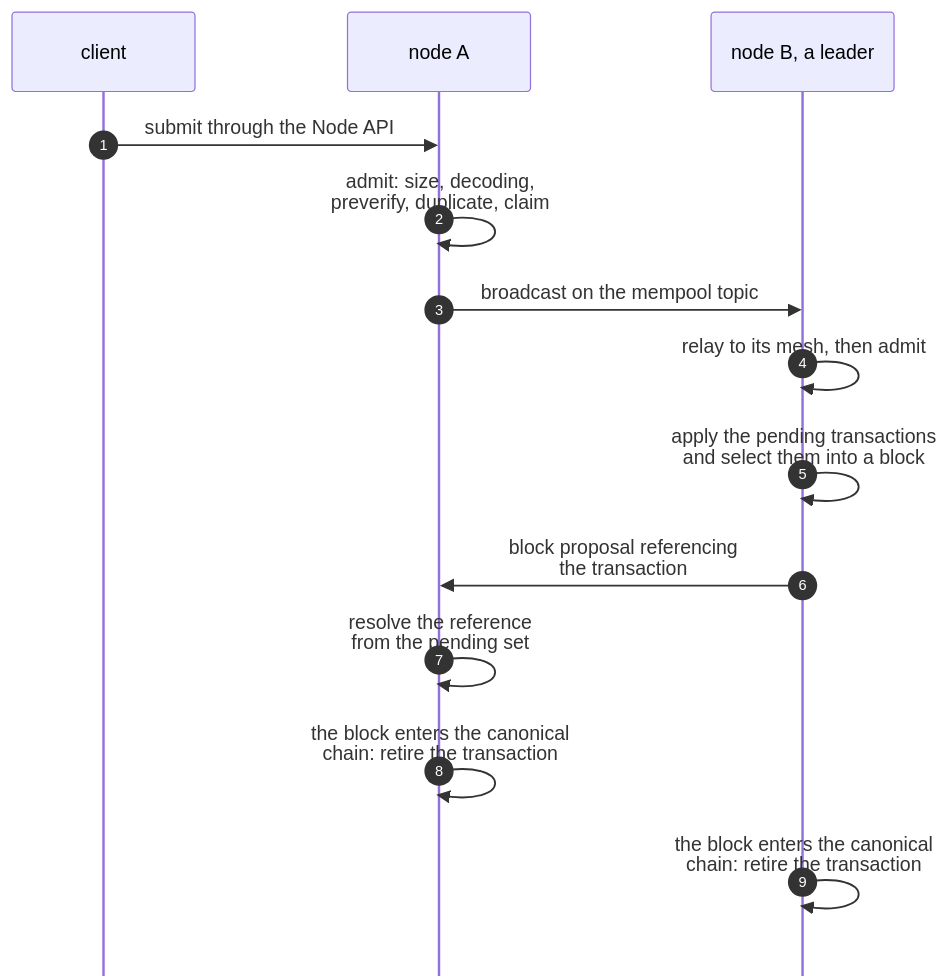
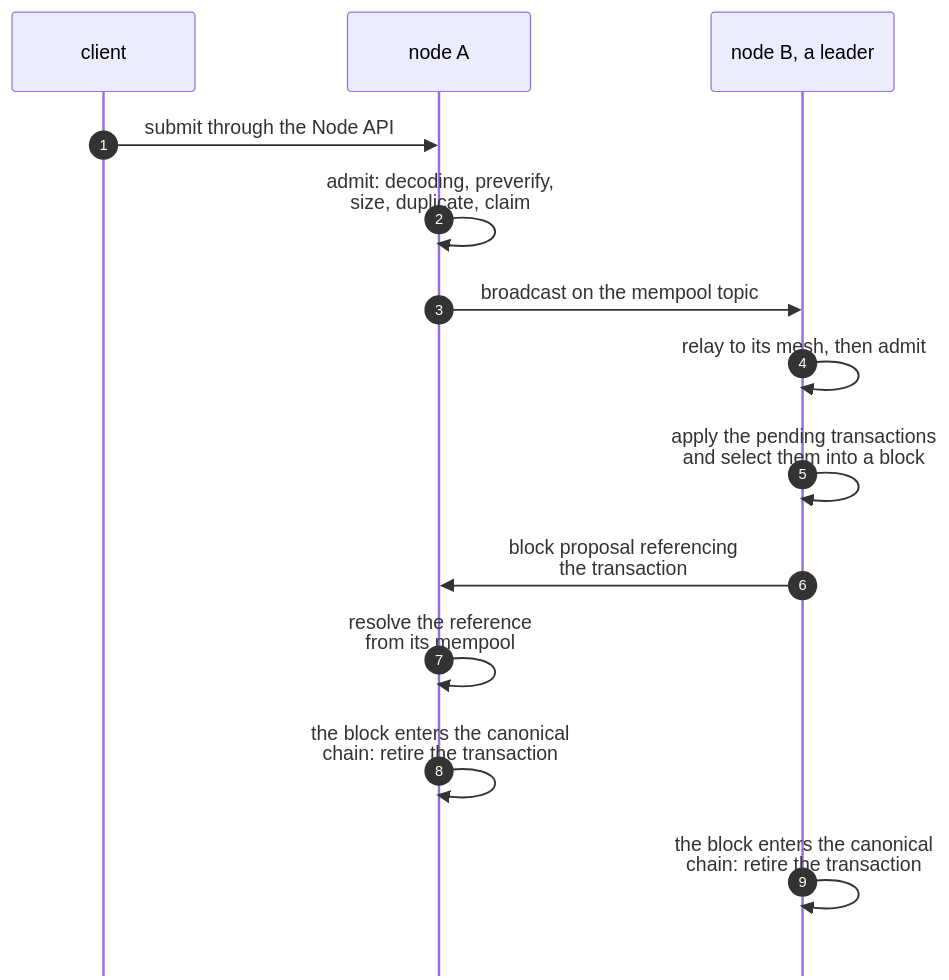
One commit to logos-co/logos-lips changed the third of 3 diagrams in docs/blockchain/raw/mempool.md. Above: the diagram before and after it, drawn with Mermaid. The commit also changed other lines of this file and 1 other file, not shown here.

Commit message:
docs(blockchain): correct the mempool walkthrough and the stale RFC text
The walkthrough resolves a reference from the node's mempool, not only its pending set, and admits a local submission in the order it is checked. The RFC's resolve snippet matches the specification, and the P2P Network registration that its task list ticked but never made becomes Open Issue 19.

````diff
--- a/docs/blockchain/raw/mempool.md
+++ b/docs/blockchain/raw/mempool.md
@@ -147,21 +147,21 @@
 ```mermaid
 ---
 config:
   sequence:
     mirrorActors: false
 ---
 sequenceDiagram
     autonumber
     participant C as client
     participant A as node A
     participant B as node B, a leader
     C->>A: submit through the Node API
-    A->>A: admit: size, decoding,<br/>preverify, duplicate, claim
+    A->>A: admit: decoding, preverify,<br/>size, duplicate, claim
     A->>B: broadcast on the mempool topic
     B->>B: relay to its mesh, then admit
     B->>B: apply the pending transactions<br/>and select them into a block
     B->>A: block proposal referencing<br/>the transaction
-    A->>A: resolve the reference<br/>from the pending set
+    A->>A: resolve the reference<br/>from its mempool
     A->>A: the block enters the canonical<br/>chain: retire the transaction
     B->>B: the block enters the canonical<br/>chain: retire the transaction
 ```
````
